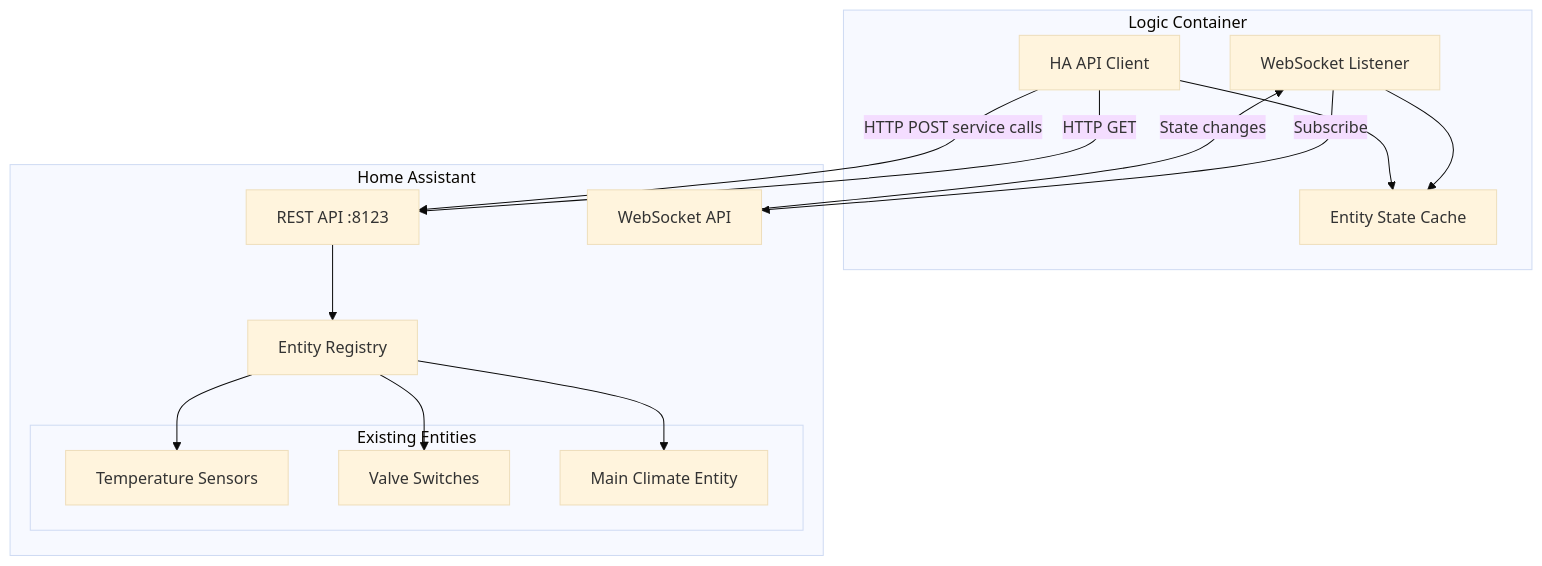
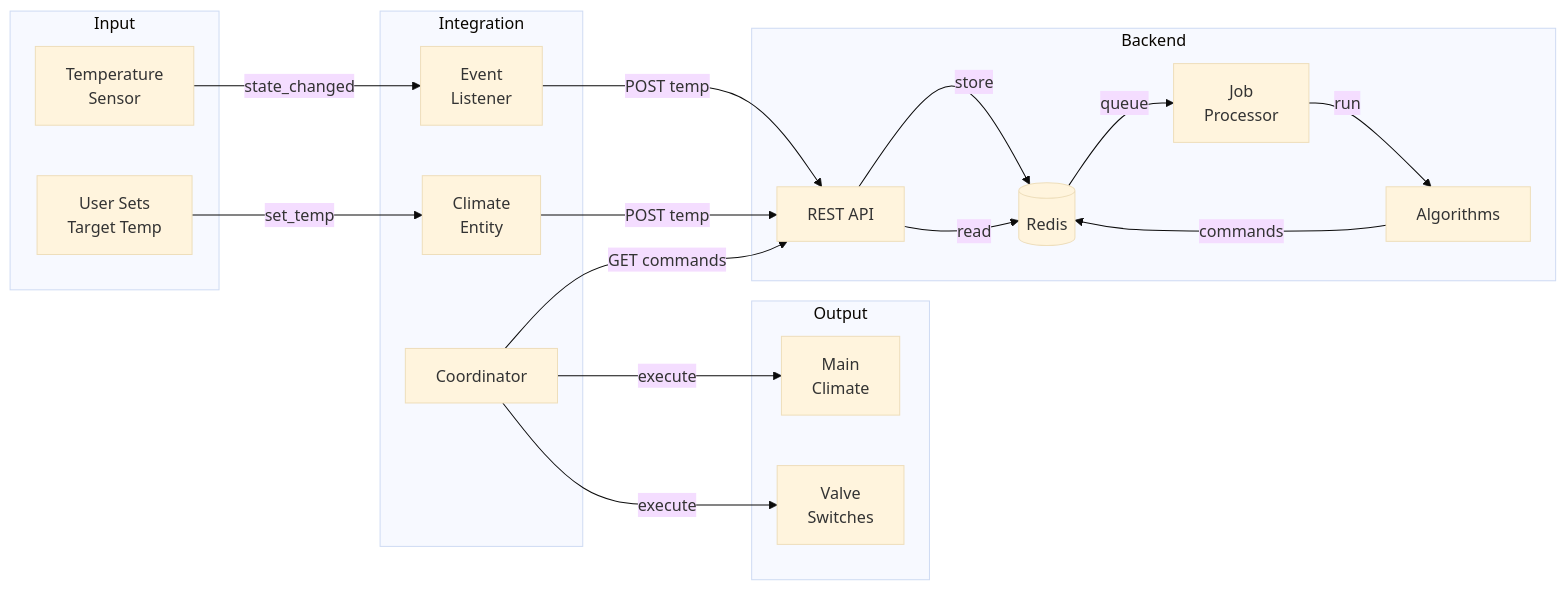
The third of 24 diagrams in DIAGRAMS.md (Chester929/ha_multizone_climate), drawn with Mermaid (base theme) before and after one commit. The commit also changed other lines of this file and 2 other files, not shown here.

Commit message:
Regenerate DIAGRAMS.md for 2-container architecture

````diff
--- a/DIAGRAMS.md
+++ b/DIAGRAMS.md
@@ -385,34 +224,40 @@
 ```mermaid
-graph TB
-    subgraph "Logic Container"
-        HAClient[HA API Client]
-        StateCache[Entity State Cache]
-        WSListener[WebSocket Listener]
+flowchart LR
+    subgraph "Input"
+        TS[Temperature<br/>Sensor]
+        User[User Sets<br/>Target Temp]
     end
     
-    subgraph "Home Assistant"
-        RESTAPI[REST API :8123]
-        WSEndpoint[WebSocket API]
-        EntityRegistry[Entity Registry]
-        
-        subgraph "Existing Entities"
-            TempSensors[Temperature Sensors]
-            ValveSwitches[Valve Switches]
-            MainClimate[Main Climate Entity]
-        end
+    subgraph "Integration"
+        CE[Climate<br/>Entity]
+        EL[Event<br/>Listener]
+        CO[Coordinator]
     end
     
-    HAClient -->|HTTP GET| RESTAPI
-    HAClient -->|HTTP POST service calls| RESTAPI
-    RESTAPI --> EntityRegistry
+    subgraph "Backend"
+        API[REST API]
+        Redis[(Redis)]
+        Jobs[Job<br/>Processor]
+        Algo[Algorithms]
+    end
     
-    WSListener -->|Subscribe| WSEndpoint
-    WSEndpoint -->|State changes| WSListener
+    subgraph "Output"
+        MC[Main<br/>Climate]
+        VS[Valve<br/>Switches]
+    end
     
-    EntityRegistry --> TempSensors
-    EntityRegistry --> ValveSwitches
-    EntityRegistry --> MainClimate
+    TS -->|state_changed| EL
+    User -->|set_temp| CE
+    CE -->|POST temp| API
+    EL -->|POST temp| API
     
-    WSListener --> StateCache
-    HAClient --> StateCache
+    API -->|store| Redis
+    Redis -->|queue| Jobs
+    Jobs -->|run| Algo
+    Algo -->|commands| Redis
+    
+    CO -->|GET commands| API
+    API -->|read| Redis
+    CO -->|execute| MC
+    CO -->|execute| VS
 ```
````
